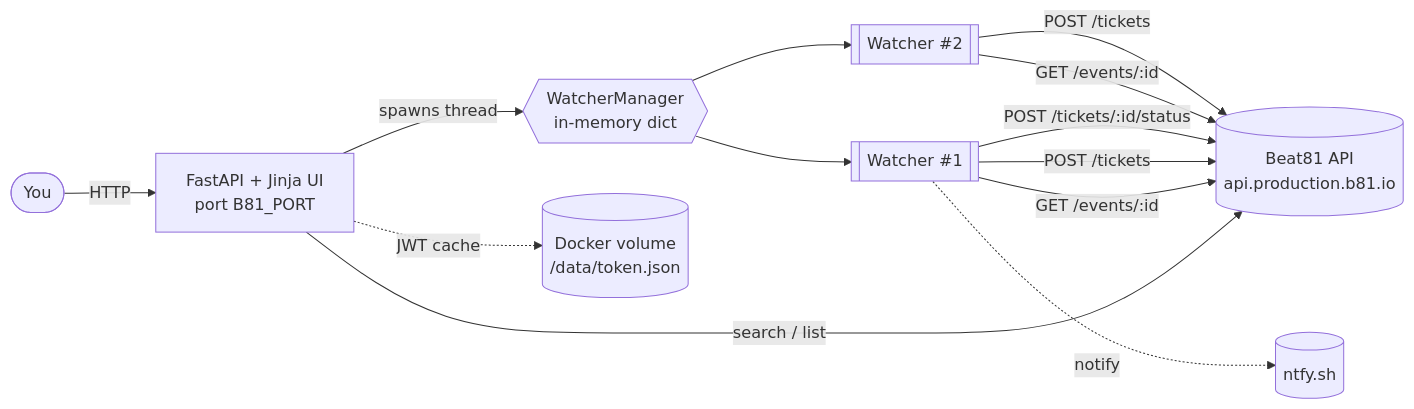
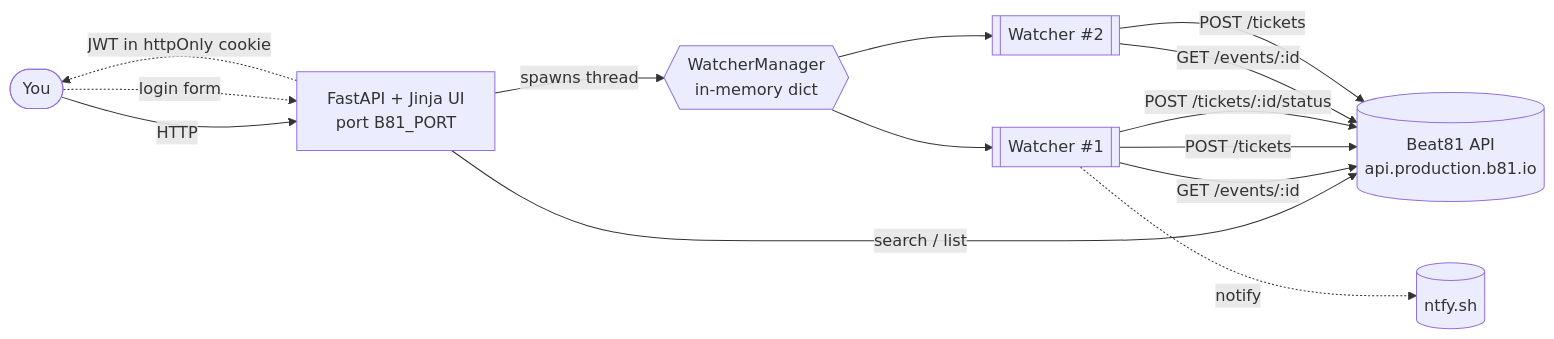
One commit to jonnbonn/beat81-seat-grabber changed the first of 3 diagrams in README.md. Above: the diagram before and after it, drawn with Mermaid. The commit also changed other lines of this file and 8 other files, not shown here.

First line of the commit message:
Move auth to browser login form + drop dead waitlist polling

````diff
--- a/README.md
+++ b/README.md
@@ -27,17 +27,18 @@
 ```mermaid
 flowchart LR
   user([You]) -- HTTP --> ui[FastAPI + Jinja UI<br/>port B81_PORT]
   ui -- spawns thread --> wm{{WatcherManager<br/>in-memory dict}}
   wm --> w1[[Watcher #1]]
   wm --> w2[[Watcher #2]]
 
   ui -- search / list --> b81[(Beat81 API<br/>api.production.b81.io)]
   w1 -- GET /events/:id --> b81
   w1 -- POST /tickets --> b81
   w1 -- POST /tickets/:id/status --> b81
   w2 -- GET /events/:id --> b81
   w2 -- POST /tickets --> b81
 
-  ui -. JWT cache .-> vol[(Docker volume<br/>/data/token.json)]
+  user -. login form .-> ui
+  ui -. JWT in httpOnly cookie .-> user
   w1 -. notify .-> ntfy[(ntfy.sh)]
 ```
````
